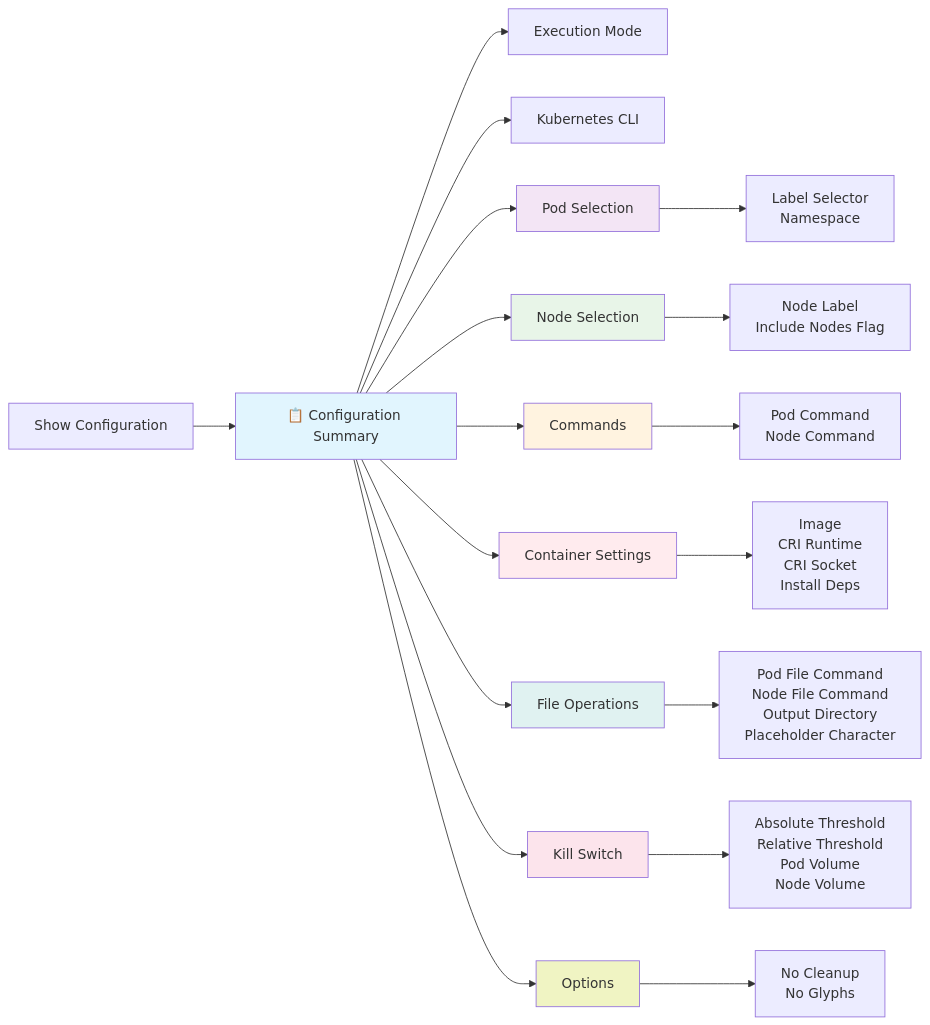
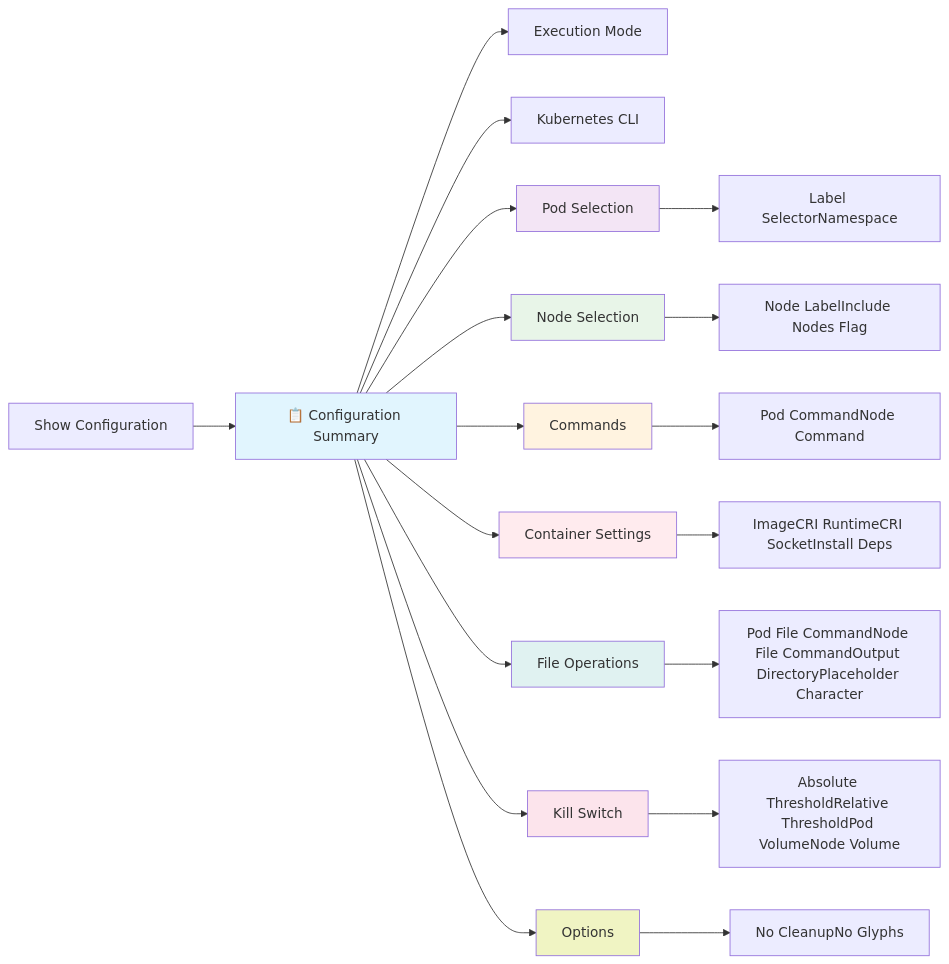
One commit to 8-cm/kube-dump changed the third of 3 diagrams in docs/main-execution-flow.md. Above: the diagram before and after it, drawn with Mermaid. The commit also changed other lines of this file and 4 other files, not shown here.

First line of the commit message:
fix: Resolve Mermaid diagram rendering issues for GitHub compatibility

````diff
--- a/docs/main-execution-flow.md
+++ b/docs/main-execution-flow.md
@@ -122,30 +122,30 @@
 ```mermaid
 graph LR
     A[Show Configuration] --> B[📋 Configuration Summary]
     B --> C[Execution Mode]
     B --> D[Kubernetes CLI]
     B --> E[Pod Selection]
     B --> F[Node Selection]
     B --> G[Commands]
     B --> H[Container Settings]
     B --> I[File Operations]
     B --> J[Kill Switch]
     B --> K[Options]
     
-    E --> E1[Label Selector<br/>Namespace]
-    F --> F1[Node Label<br/>Include Nodes Flag]
-    G --> G1[Pod Command<br/>Node Command]
-    H --> H1[Image<br/>CRI Runtime<br/>CRI Socket<br/>Install Deps]
-    I --> I1[Pod File Command<br/>Node File Command<br/>Output Directory<br/>Placeholder Character]
-    J --> J1[Absolute Threshold<br/>Relative Threshold<br/>Pod Volume<br/>Node Volume]
-    K --> K1[No Cleanup<br/>No Glyphs]
+    E --> E1[Label SelectorNamespace]
+    F --> F1[Node LabelInclude Nodes Flag]
+    G --> G1[Pod CommandNode Command]
+    H --> H1[ImageCRI RuntimeCRI SocketInstall Deps]
+    I --> I1[Pod File CommandNode File CommandOutput DirectoryPlaceholder Character]
+    J --> J1[Absolute ThresholdRelative ThresholdPod VolumeNode Volume]
+    K --> K1[No CleanupNo Glyphs]
     
     style B fill:#e1f5fe
     style E fill:#f3e5f5
     style F fill:#e8f5e8
     style G fill:#fff3e0
     style H fill:#ffebee
     style I fill:#e0f2f1
     style J fill:#fce4ec
     style K fill:#f0f4c3
 ```
````
